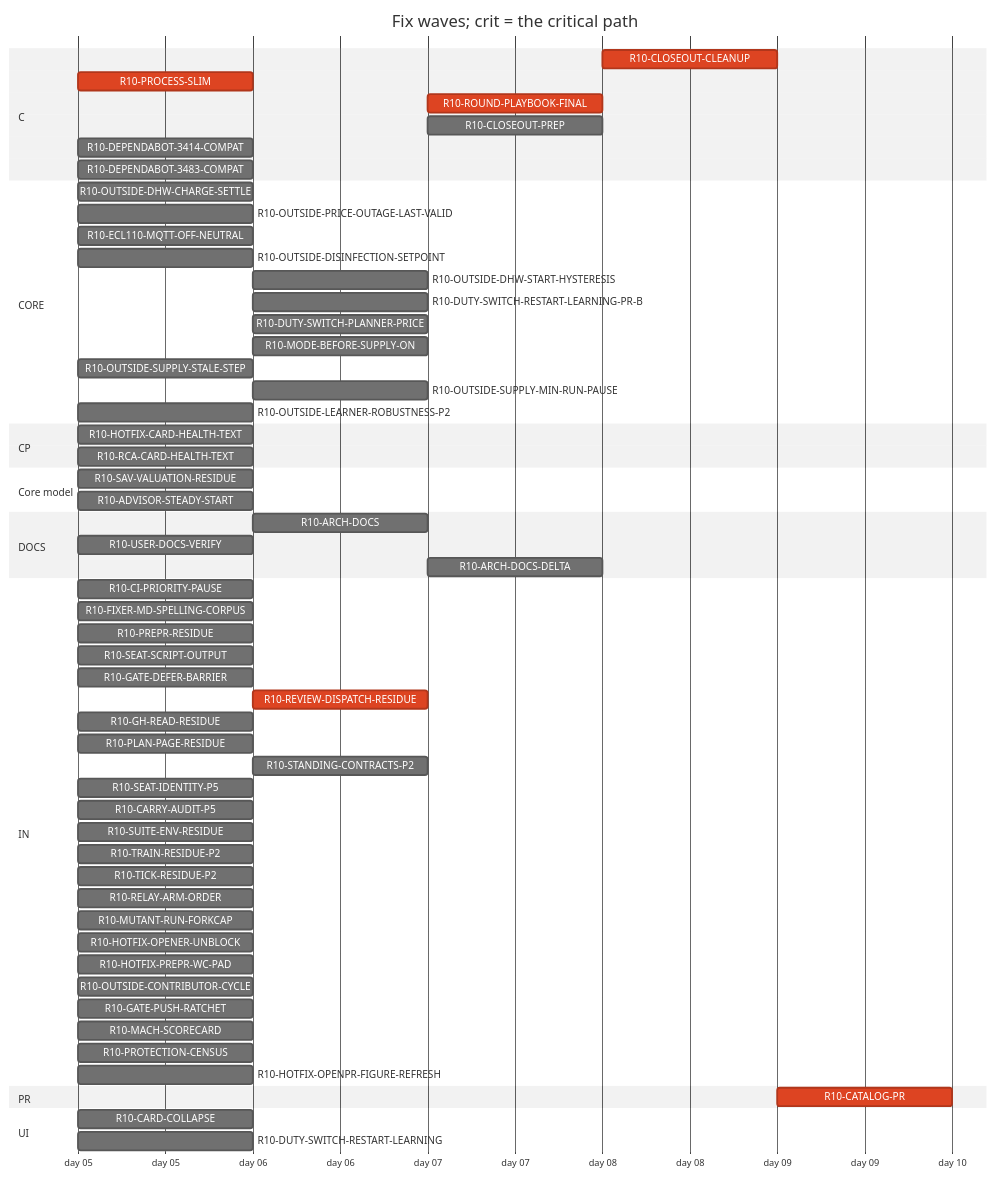
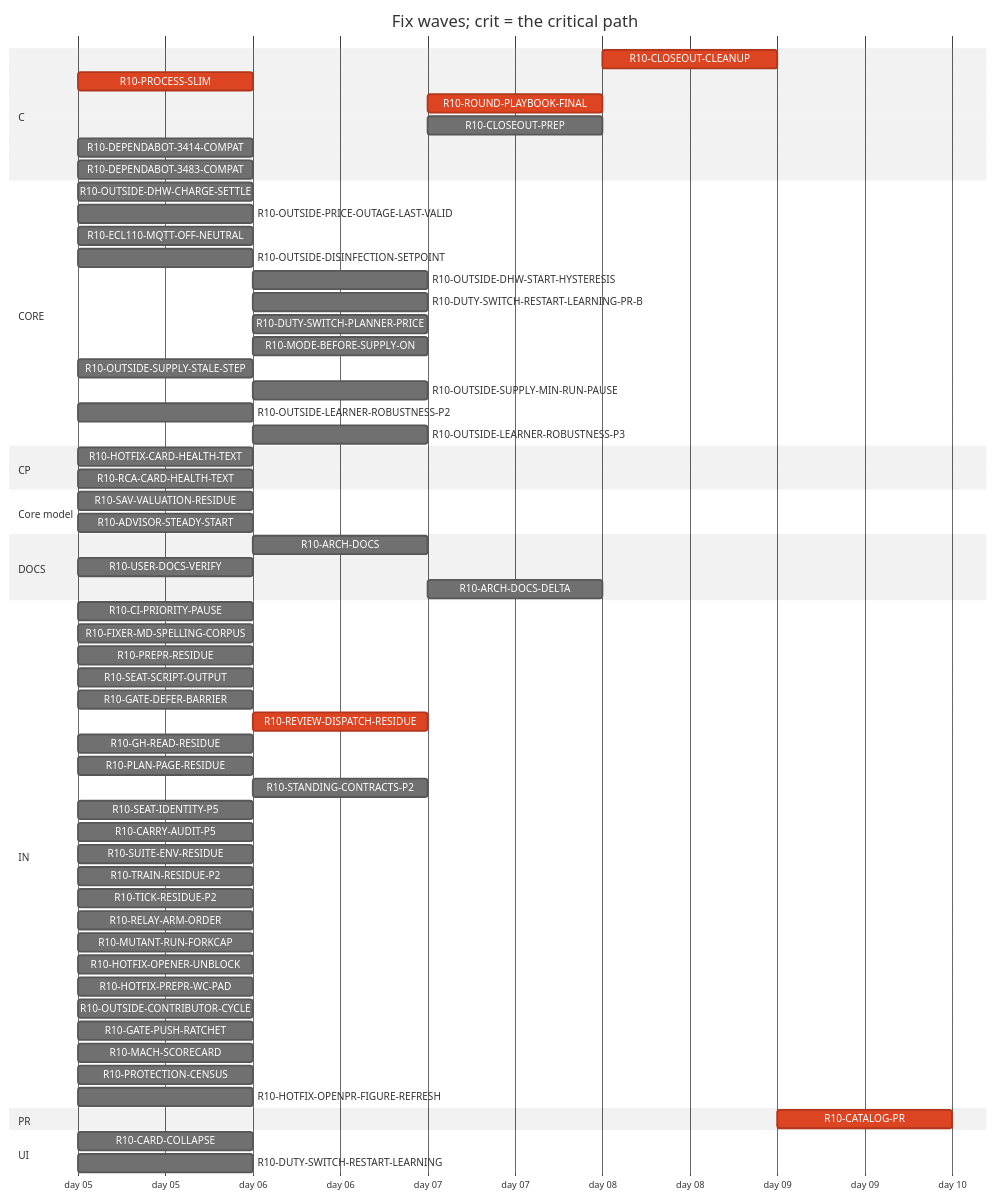
One commit to tvofi/heatpump_optimizer changed the diagram in handoff/round10/state/PLAN-TABLE.md. Above: the diagram before and after it, drawn with Mermaid (neutral theme). The commit also changed other lines of this file and 3 other files, not shown here.

Commit message:
state: FLOW-BOARD.md, NEXT-SESSION-PROMPT.md, PLAN-TABLE.md, PLAN.html, RESUME-CURRENT.md regenerated (state_docs.py)

````diff
--- a/handoff/round10/state/PLAN-TABLE.md
+++ b/handoff/round10/state/PLAN-TABLE.md
@@ -21,64 +21,65 @@
 ```mermaid
 gantt
   title Fix waves; crit = the critical path
   dateFormat YYYY-MM-DD
   axisFormat day %d
   section C
     R10-CLOSEOUT-CLEANUP :crit, r10CLOSEOUTCLEANUP, after r10ARCHDOCS r10USERDOCSVERIFY r10ROUNDPLAYBOOKFINAL r10CLOSEOUTPREP r10ARCHDOCSDELTA, 1d
     R10-PROCESS-SLIM :crit, r10PROCESSSLIM, 2026-01-05, 1d
     R10-ROUND-PLAYBOOK-FINAL :crit, r10ROUNDPLAYBOOKFINAL, after r10PROCESSSLIM r10FIXERMDSPELLINGCORPUS r10PREPRRESIDUE r10SEATSCRIPTOUTPUT r10REVIEWDISPATCHRESIDUE r10CARRYAUDITP5 r10SEATIDENTITYP5 r10STANDINGCONTRACTSP2 r10PLANPAGERESIDUE r10GHREADRESIDUE r10SUITEENVRESIDUE r10GATEDEFERBARRIER, 1d
     R10-CLOSEOUT-PREP :r10CLOSEOUTPREP, after r10ARCHDOCS r10PROCESSSLIM r10FIXERMDSPELLINGCORPUS r10PREPRRESIDUE r10SEATSCRIPTOUTPUT r10REVIEWDISPATCHRESIDUE r10CARRYAUDITP5 r10SEATIDENTITYP5 r10STANDINGCONTRACTSP2 r10PLANPAGERESIDUE r10GHREADRESIDUE r10SUITEENVRESIDUE r10GATEDEFERBARRIER, 1d
     R10-DEPENDABOT-3414-COMPAT :r10DEPENDABOT3414COMPAT, 2026-01-05, 1d
     R10-DEPENDABOT-3483-COMPAT :r10DEPENDABOT3483COMPAT, 2026-01-05, 1d
   section CORE
     R10-OUTSIDE-DHW-CHARGE-SETTLE :r10OUTSIDEDHWCHARGESETTLE, 2026-01-05, 1d
     R10-OUTSIDE-PRICE-OUTAGE-LAST-VALID :r10OUTSIDEPRICEOUTAGELASTVALID, 2026-01-05, 1d
     R10-ECL110-MQTT-OFF-NEUTRAL :r10ECL110MQTTOFFNEUTRAL, 2026-01-05, 1d
     R10-OUTSIDE-DISINFECTION-SETPOINT :r10OUTSIDEDISINFECTIONSETPOINT, 2026-01-05, 1d
     R10-OUTSIDE-DHW-START-HYSTERESIS :r10OUTSIDEDHWSTARTHYSTERESIS, after r10OUTSIDEDISINFECTIONSETPOINT, 1d
     R10-DUTY-SWITCH-RESTART-LEARNING-PR-B :r10DUTYSWITCHRESTARTLEARNINGPRB, after r10DUTYSWITCHRESTARTLEARNING, 1d
     R10-DUTY-SWITCH-PLANNER-PRICE :r10DUTYSWITCHPLANNERPRICE, after r10DUTYSWITCHRESTARTLEARNING, 1d
     R10-MODE-BEFORE-SUPPLY-ON :r10MODEBEFORESUPPLYON, after r10DUTYSWITCHRESTARTLEARNING, 1d
     R10-OUTSIDE-SUPPLY-STALE-STEP :r10OUTSIDESUPPLYSTALESTEP, 2026-01-05, 1d
     R10-OUTSIDE-SUPPLY-MIN-RUN-PAUSE :r10OUTSIDESUPPLYMINRUNPAUSE, after r10OUTSIDESUPPLYSTALESTEP, 1d
     R10-OUTSIDE-LEARNER-ROBUSTNESS-P2 :r10OUTSIDELEARNERROBUSTNESSP2, 2026-01-05, 1d
+    R10-OUTSIDE-LEARNER-ROBUSTNESS-P3 :r10OUTSIDELEARNERROBUSTNESSP3, after r10OUTSIDELEARNERROBUSTNESSP2, 1d
   section CP
     R10-HOTFIX-CARD-HEALTH-TEXT :r10HOTFIXCARDHEALTHTEXT, 2026-01-05, 1d
     R10-RCA-CARD-HEALTH-TEXT :r10RCACARDHEALTHTEXT, 2026-01-05, 1d
   section Core model
     R10-SAV-VALUATION-RESIDUE :r10SAVVALUATIONRESIDUE, 2026-01-05, 1d
     R10-ADVISOR-STEADY-START :r10ADVISORSTEADYSTART, 2026-01-05, 1d
   section DOCS
     R10-ARCH-DOCS :r10ARCHDOCS, after r10PROCESSSLIM, 1d
     R10-USER-DOCS-VERIFY :r10USERDOCSVERIFY, 2026-01-05, 1d
     R10-ARCH-DOCS-DELTA :r10ARCHDOCSDELTA, after r10ARCHDOCS r10SAVVALUATIONRESIDUE r10ADVISORSTEADYSTART, 1d
   section IN
     R10-CI-PRIORITY-PAUSE :r10CIPRIORITYPAUSE, 2026-01-05, 1d
     R10-FIXER-MD-SPELLING-CORPUS :r10FIXERMDSPELLINGCORPUS, 2026-01-05, 1d
     R10-PREPR-RESIDUE :r10PREPRRESIDUE, 2026-01-05, 1d
     R10-SEAT-SCRIPT-OUTPUT :r10SEATSCRIPTOUTPUT, 2026-01-05, 1d
     R10-GATE-DEFER-BARRIER :r10GATEDEFERBARRIER, 2026-01-05, 1d
     R10-REVIEW-DISPATCH-RESIDUE :crit, r10REVIEWDISPATCHRESIDUE, after r10PROCESSSLIM, 1d
     R10-GH-READ-RESIDUE :r10GHREADRESIDUE, 2026-01-05, 1d
     R10-PLAN-PAGE-RESIDUE :r10PLANPAGERESIDUE, 2026-01-05, 1d
     R10-STANDING-CONTRACTS-P2 :r10STANDINGCONTRACTSP2, after r10FIXERMDSPELLINGCORPUS, 1d
     R10-SEAT-IDENTITY-P5 :r10SEATIDENTITYP5, 2026-01-05, 1d
     R10-CARRY-AUDIT-P5 :r10CARRYAUDITP5, 2026-01-05, 1d
     R10-SUITE-ENV-RESIDUE :r10SUITEENVRESIDUE, 2026-01-05, 1d
     R10-TRAIN-RESIDUE-P2 :r10TRAINRESIDUEP2, 2026-01-05, 1d
     R10-TICK-RESIDUE-P2 :r10TICKRESIDUEP2, 2026-01-05, 1d
     R10-RELAY-ARM-ORDER :r10RELAYARMORDER, 2026-01-05, 1d
     R10-MUTANT-RUN-FORKCAP :r10MUTANTRUNFORKCAP, 2026-01-05, 1d
     R10-HOTFIX-OPENER-UNBLOCK :r10HOTFIXOPENERUNBLOCK, 2026-01-05, 1d
     R10-HOTFIX-PREPR-WC-PAD :r10HOTFIXPREPRWCPAD, 2026-01-05, 1d
     R10-OUTSIDE-CONTRIBUTOR-CYCLE :r10OUTSIDECONTRIBUTORCYCLE, 2026-01-05, 1d
     R10-GATE-PUSH-RATCHET :r10GATEPUSHRATCHET, 2026-01-05, 1d
     R10-MACH-SCORECARD :r10MACHSCORECARD, 2026-01-05, 1d
     R10-PROTECTION-CENSUS :r10PROTECTIONCENSUS, 2026-01-05, 1d
     R10-HOTFIX-OPENPR-FIGURE-REFRESH :r10HOTFIXOPENPRFIGUREREFRESH, 2026-01-05, 1d
   section PR
     R10-CATALOG-PR :crit, r10CATALOGPR, after r10USERDOCSVERIFY r10ARCHDOCS r10ROUNDPLAYBOOKFINAL r10CLOSEOUTCLEANUP r10CLOSEOUTPREP r10ARCHDOCSDELTA, 1d
   section UI
     R10-CARD-COLLAPSE :r10CARDCOLLAPSE, 2026-01-05, 1d
     R10-DUTY-SWITCH-RESTART-LEARNING :r10DUTYSWITCHRESTARTLEARNING, 2026-01-05, 1d
 ```
````
